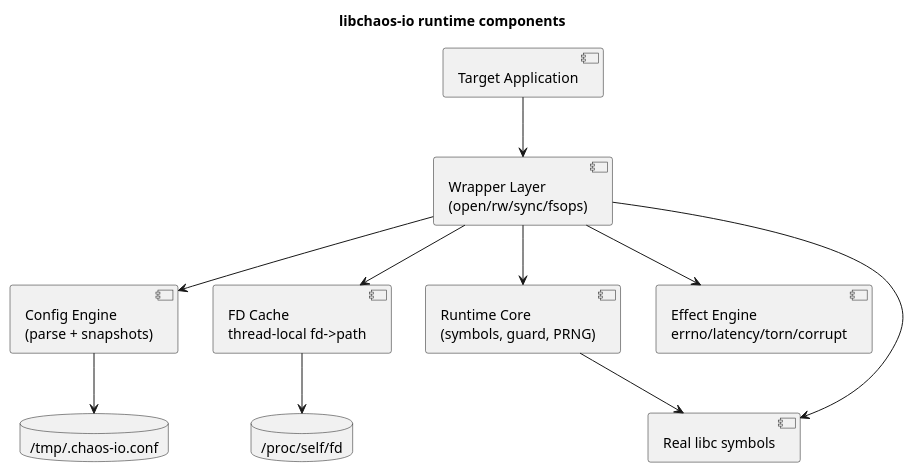
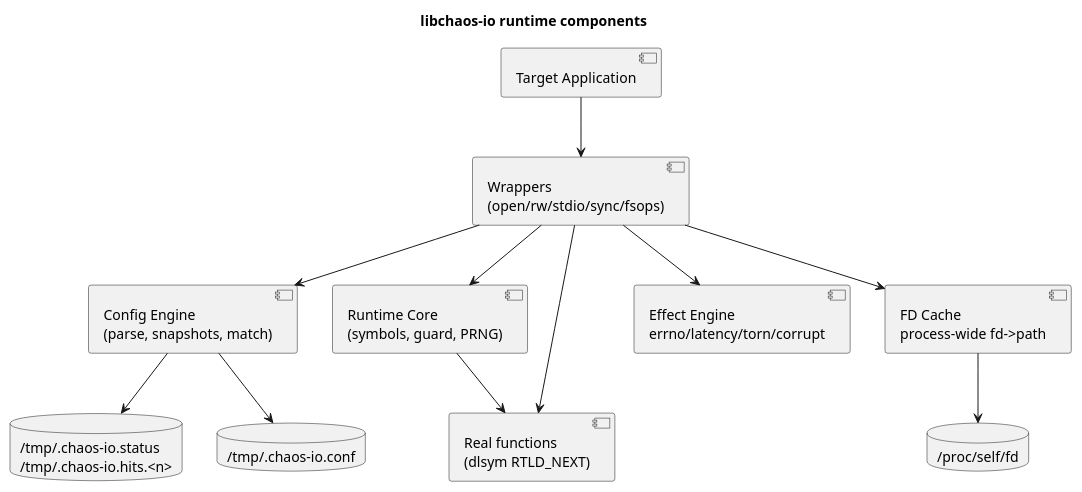
Before and after one commit to macstab/macstab-chaos-testing-libraries: the first of 4 diagrams in docs/IO.md, drawn with PlantUML. The commit also changed other lines of this file and 324 other files, not shown here.

````diff
--- a/docs/IO.md
+++ b/docs/IO.md
@@ -315,25 +386,27 @@
 ```plantuml
 @startuml
 title libchaos-io runtime components
 
 component "Target Application" as App
-component "Wrapper Layer\n(open/rw/sync/fsops)" as Wrappers
+component "Wrappers\n(open/rw/stdio/sync/fsops)" as Wrappers
 component "Runtime Core\n(symbols, guard, PRNG)" as Core
-component "Config Engine\n(parse + snapshots)" as Config
-component "FD Cache\nthread-local fd->path" as Cache
+component "Config Engine\n(parse, snapshots, match)" as Config
+component "FD Cache\nprocess-wide fd->path" as Cache
 component "Effect Engine\nerrno/latency/torn/corrupt" as Effects
-component "Real libc symbols" as Libc
+component "Real functions\n(dlsym RTLD_NEXT)" as Libc
 database "/tmp/.chaos-io.conf" as ConfigFile
+database "/tmp/.chaos-io.status\n/tmp/.chaos-io.hits.<n>" as Reports
 database "/proc/self/fd" as ProcFd
 
 App --> Wrappers
 Wrappers --> Core
 Wrappers --> Config
 Wrappers --> Cache
 Wrappers --> Effects
 Wrappers --> Libc
 Config --> ConfigFile
+Config --> Reports
 Cache --> ProcFd
 Core --> Libc
 @enduml
 ```
````
